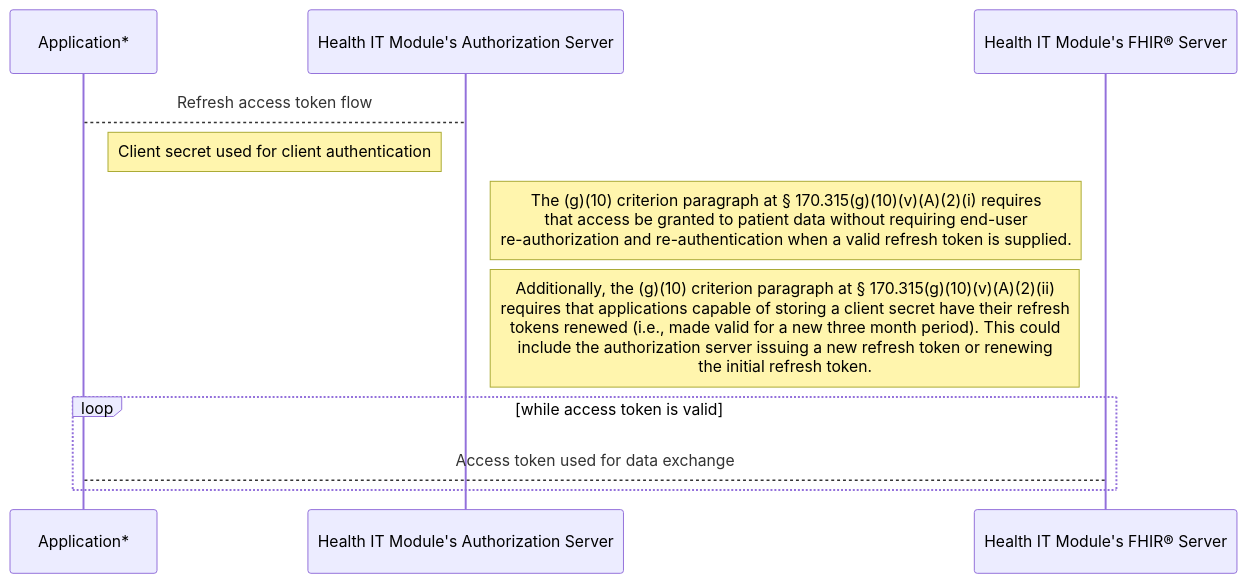
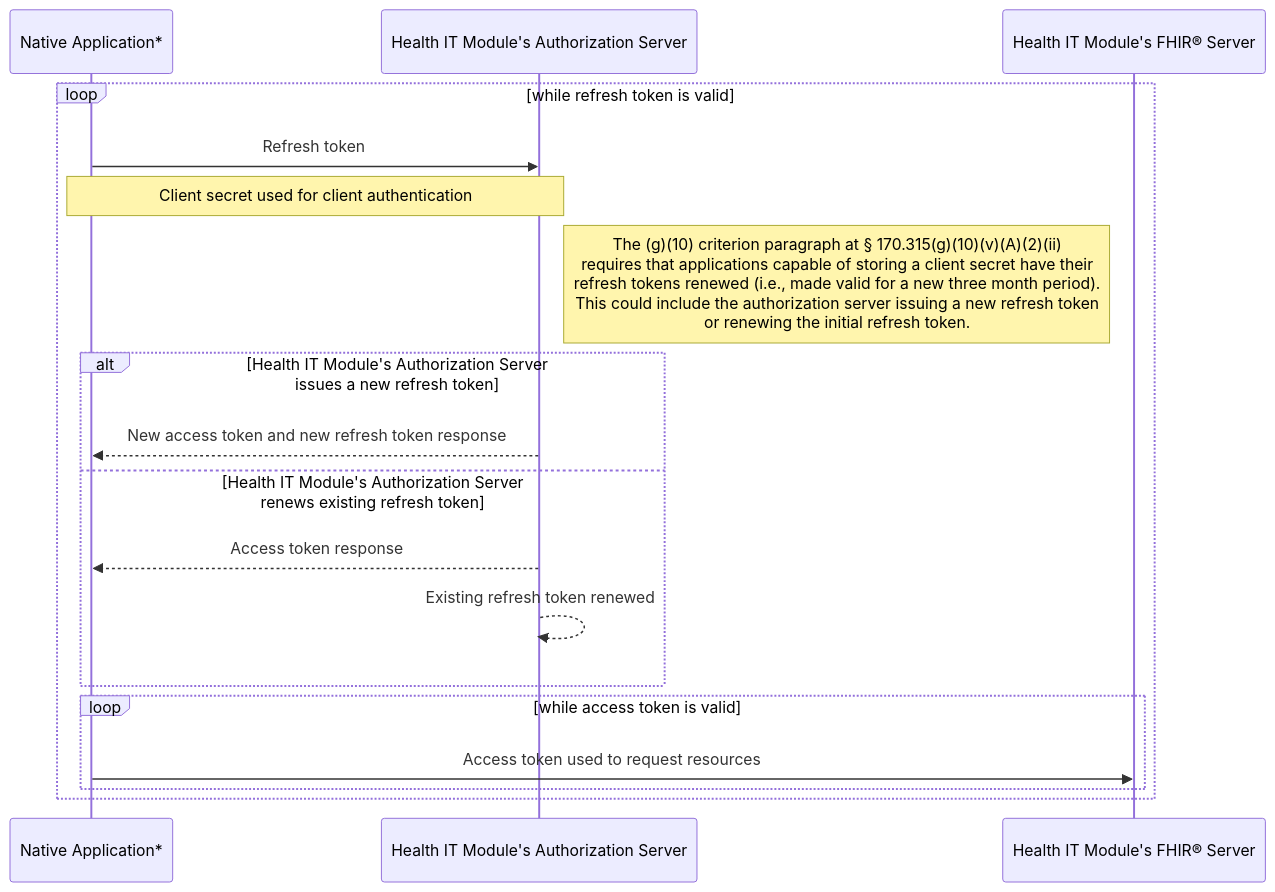
The second of 5 diagrams in docs/g10-criterion.md (onc-healthit/api-resource-guide), drawn with Mermaid before and after one commit. The commit also changed other lines of this file, not shown here.

Commit message:
adding more to diagrams

````diff
--- a/docs/g10-criterion.md
+++ b/docs/g10-criterion.md
@@ -370,10 +379,21 @@
 	``` mermaid
-	sequenceDiagram
-	Application* --> Health IT Module's Authorization Server: Refresh access token flow
-	note right of Application*: Client secret used for client authentication
-	note right of Health IT Module's Authorization Server: The (g)(10) criterion paragraph at § 170.315(g)(10)(v)(A)(2)(i) requires <br/> that access be granted to patient data without requiring end-user <br/> re-authorization and re-authentication when a valid refresh token is supplied.
-	note right of Health IT Module's Authorization Server: Additionally, the (g)(10) criterion paragraph at § 170.315(g)(10)(v)(A)(2)(ii) <br/> requires that applications capable of storing a client secret have their refresh <br/> tokens renewed (i.e., made valid for a new three month period). This could <br/> include the authorization server issuing a new refresh token or renewing <br/> the initial refresh token.
-	loop while access token is valid
-		Application* --> Health IT Module's FHIR® Server: Access token used for data exchange
-	end
+		sequenceDiagram
+			participant app as Native Application*
+			participant authz as Health IT Module's Authorization Server
+			participant fhir as Health IT Module's FHIR® Server
+
+			loop while refresh token is valid
+			app ->> authz: Refresh token
+			note over app,authz: Client secret used for client authentication
+			note right of authz: The (g)(10) criterion paragraph at § 170.315(g)(10)(v)(A)(2)(ii) <br/> requires that applications capable of storing a client secret have their <br/> refresh tokens renewed (i.e., made valid for a new three month period). <br/> This could include the authorization server issuing a new refresh token <br/> or renewing the initial refresh token.
+			alt Health IT Module's Authorization Server issues a new refresh token
+				authz -->> app: New access token and new refresh token response
+			else Health IT Module's Authorization Server renews existing refresh token
+				authz -->> app: Access token response
+				authz -->> authz: Existing refresh token renewed
+			end
+			loop while access token is valid
+				app ->> fhir: Access token used to request resources
+			end
+			end
 	```
````
